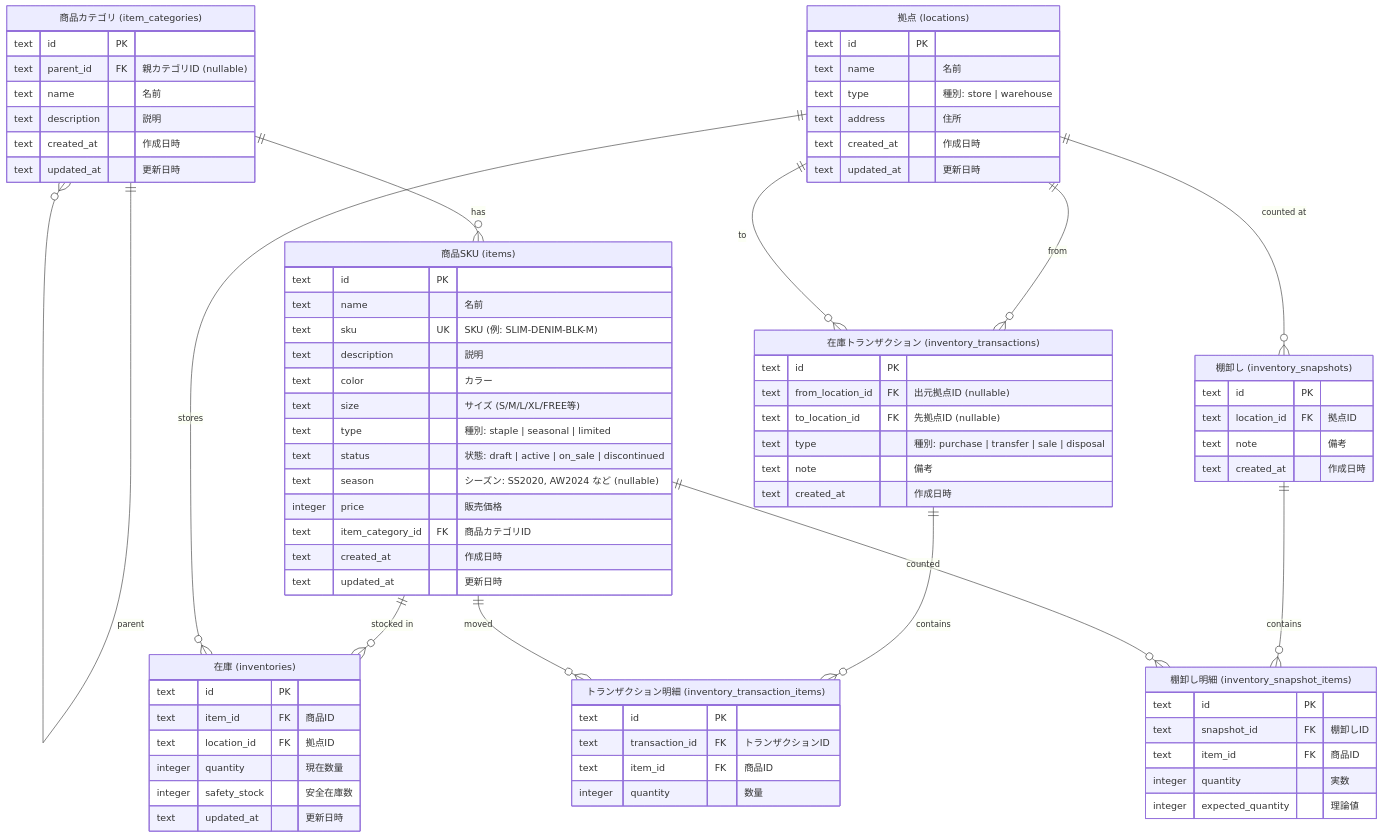
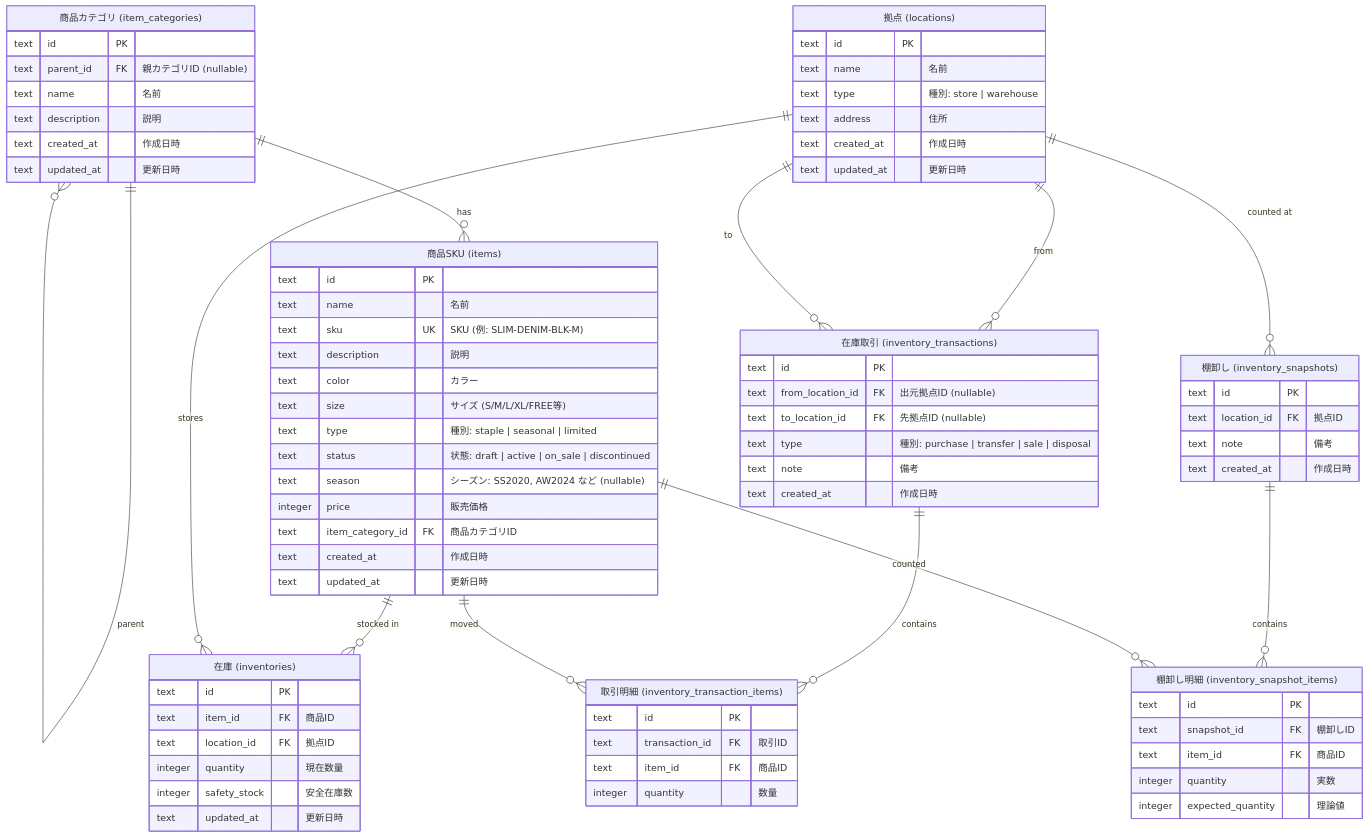
One commit to seekseep/inventory-management-api changed the diagram in docs/er-diagram.md. Above: the diagram before and after it, drawn with Mermaid. The commit also changed 5 other files, not shown here.

```diff
--- a/docs/er-diagram.md
+++ b/docs/er-diagram.md
@@ -45,7 +45,7 @@
         text updated_at "更新日時"
     }
 
-    inventory_transactions["在庫トランザクション (inventory_transactions)"] {
+    inventory_transactions["在庫取引 (inventory_transactions)"] {
         text id PK
         text from_location_id FK "出元拠点ID (nullable)"
         text to_location_id FK "先拠点ID (nullable)"
@@ -54,9 +54,9 @@
         text created_at "作成日時"
     }
 
-    inventory_transaction_items["トランザクション明細 (inventory_transaction_items)"] {
+    inventory_transaction_items["取引明細 (inventory_transaction_items)"] {
         text id PK
-        text transaction_id FK "トランザクションID"
+        text transaction_id FK "取引ID"
         text item_id FK "商品ID"
         integer quantity "数量"
     }
```
